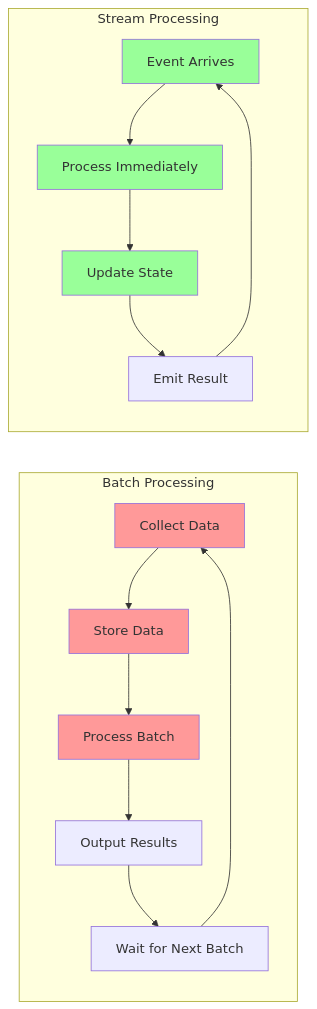
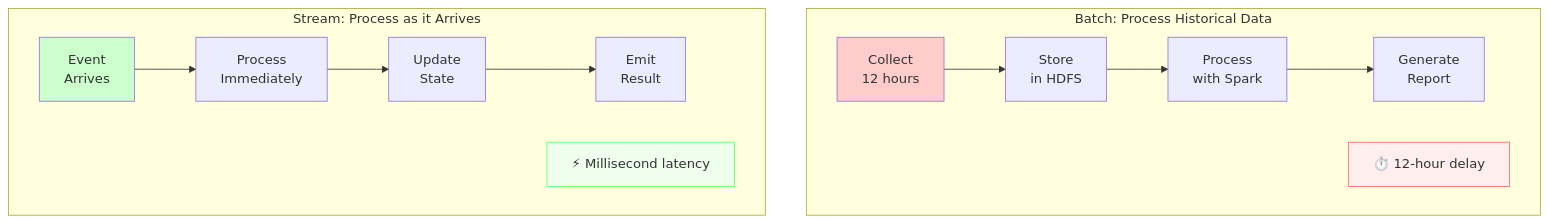
The second of 9 diagrams in docs/pattern-library/architecture/event-streaming.md (deepaucksharma/DStudio), drawn with Mermaid before and after one commit. The commit also changed other lines of this file and 8 other files, not shown here.

````diff
--- a/docs/pattern-library/architecture/event-streaming.md
+++ b/docs/pattern-library/architecture/event-streaming.md
@@ -77,24 +131,21 @@
 ```mermaid
-graph LR
-    subgraph "Batch Processing"
-        B1[Collect Data] --> B2[Store Data]
-        B2 --> B3[Process Batch]
-        B3 --> B4[Output Results]
-        B4 --> B5[Wait for Next Batch]
-        B5 --> B1
+graph TB
+    subgraph "Batch: Process Historical Data"
+        B1[Collect<br/>12 hours] --> B2[Store<br/>in HDFS]
+        B2 --> B3[Process<br/>with Spark]
+        B3 --> B4[Generate<br/>Report]
+        BNote[⏱️ 12-hour delay]
     end
     
-    subgraph "Stream Processing"
-        S1[Event Arrives] --> S2[Process Immediately]
-        S2 --> S3[Update State]
-        S3 --> S4[Emit Result]
-        S4 --> S1
+    subgraph "Stream: Process as it Arrives"
+        S1[Event<br/>Arrives] --> S2[Process<br/>Immediately]
+        S2 --> S3[Update<br/>State]
+        S3 --> S4[Emit<br/>Result]
+        SNote[⚡ Millisecond latency]
     end
     
-    style B1 fill:#ff9999
-    style B2 fill:#ff9999
-    style B3 fill:#ff9999
-    style S1 fill:#99ff99
-    style S2 fill:#99ff99
-    style S3 fill:#99ff99
+    style B1 fill:#ffcccc
+    style S1 fill:#ccffcc
+    style BNote fill:#ffeeee,stroke:#ff6666
+    style SNote fill:#eeffee,stroke:#66ff66
 ```
````
